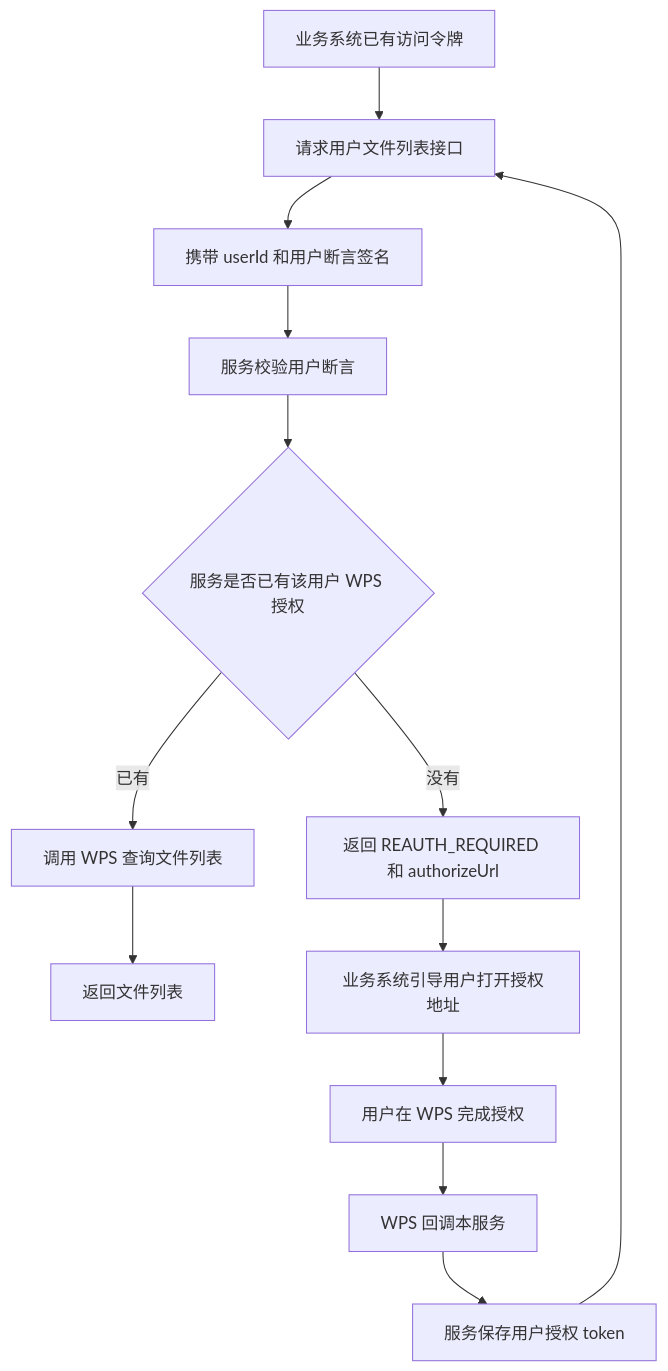
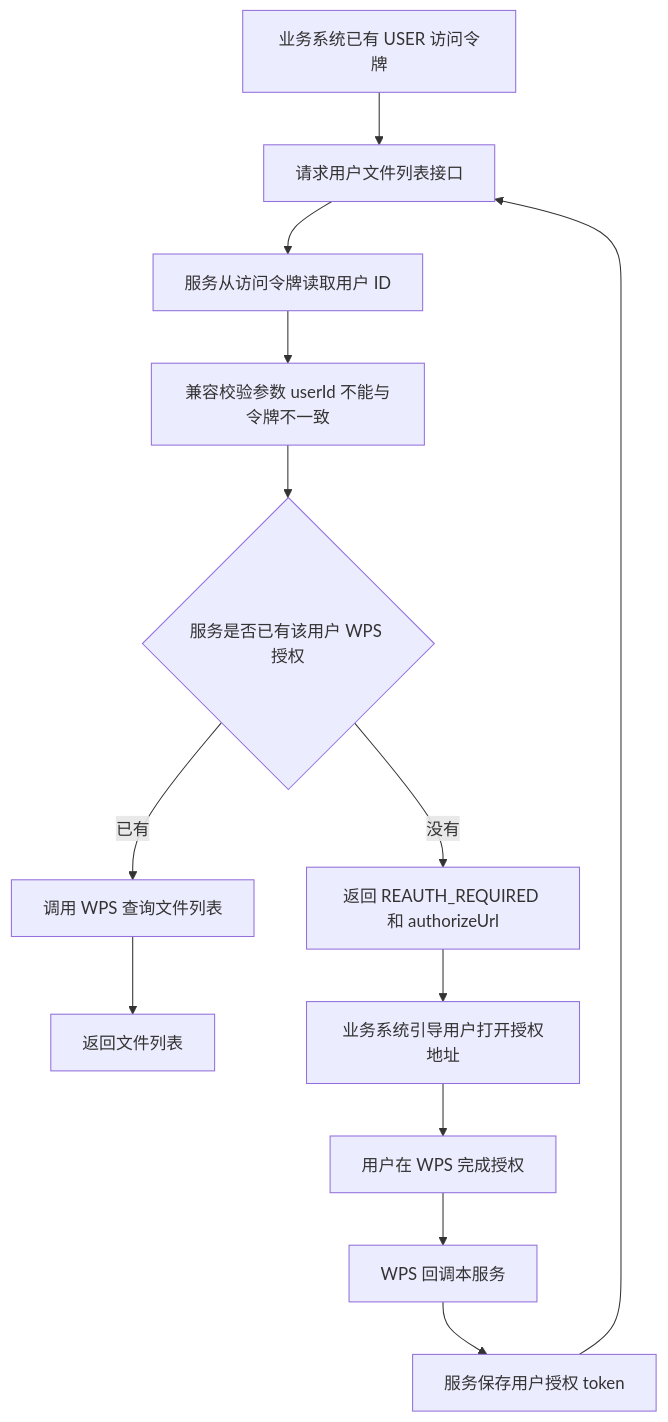
One commit to a1351995160/yungateway-minimal-token-wps changed the fourth of 4 diagrams in docs/features/wps-yundoc-interface-mvp-feature.zh-CN.md. Above: the diagram before and after it, drawn with Mermaid. The commit also changed other lines of this file and 116 other files, not shown here.

````diff
--- a/docs/features/wps-yundoc-interface-mvp-feature.zh-CN.md
+++ b/docs/features/wps-yundoc-interface-mvp-feature.zh-CN.md
@@ -123,15 +128,15 @@
 ```mermaid
 flowchart TD
-    A["业务系统已有访问令牌"] --> B["请求用户文件列表接口"]
-    B --> C["携带 userId 和用户断言签名"]
-    C --> D["服务校验用户断言"]
+    A["业务系统已有 USER 访问令牌"] --> B["请求用户文件列表接口"]
+    B --> C["服务从访问令牌读取用户 ID"]
+    C --> D["兼容校验参数 userId 不能与令牌不一致"]
     D --> E{服务是否已有该用户 WPS 授权}
     E -->|已有| F["调用 WPS 查询文件列表"]
     F --> G["返回文件列表"]
     E -->|没有| H["返回 REAUTH_REQUIRED 和 authorizeUrl"]
     H --> I["业务系统引导用户打开授权地址"]
     I --> J["用户在 WPS 完成授权"]
     J --> K["WPS 回调本服务"]
     K --> L["服务保存用户授权 token"]
     L --> B
 ```
````
